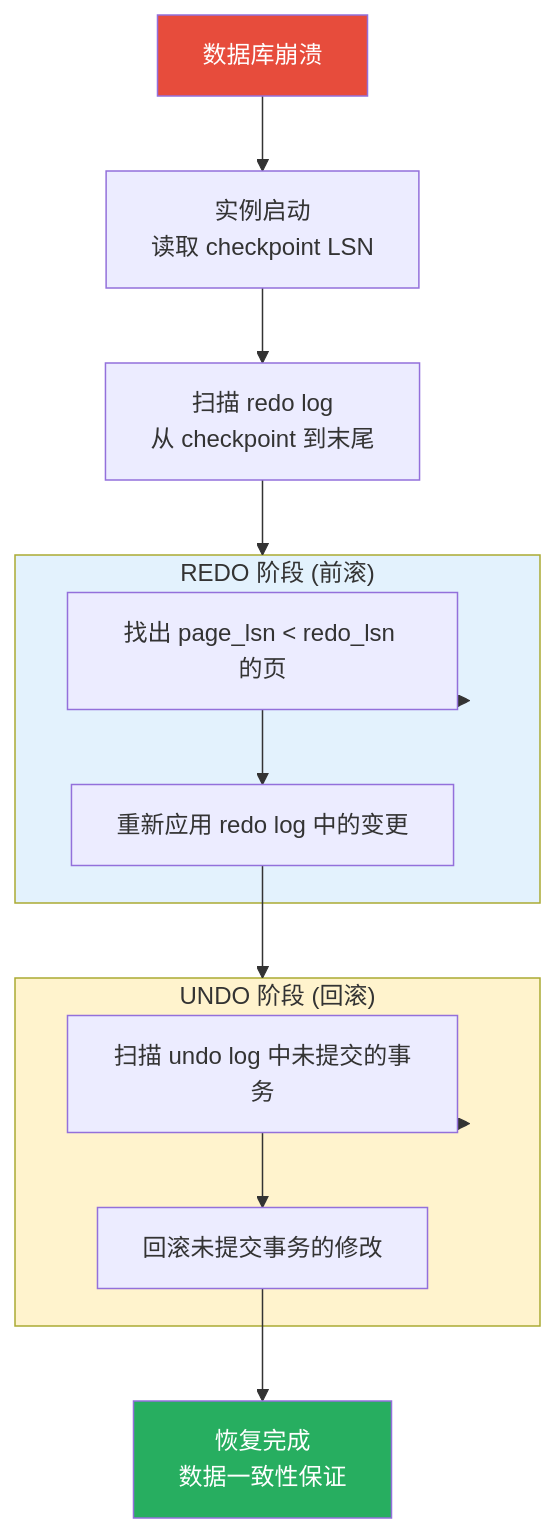
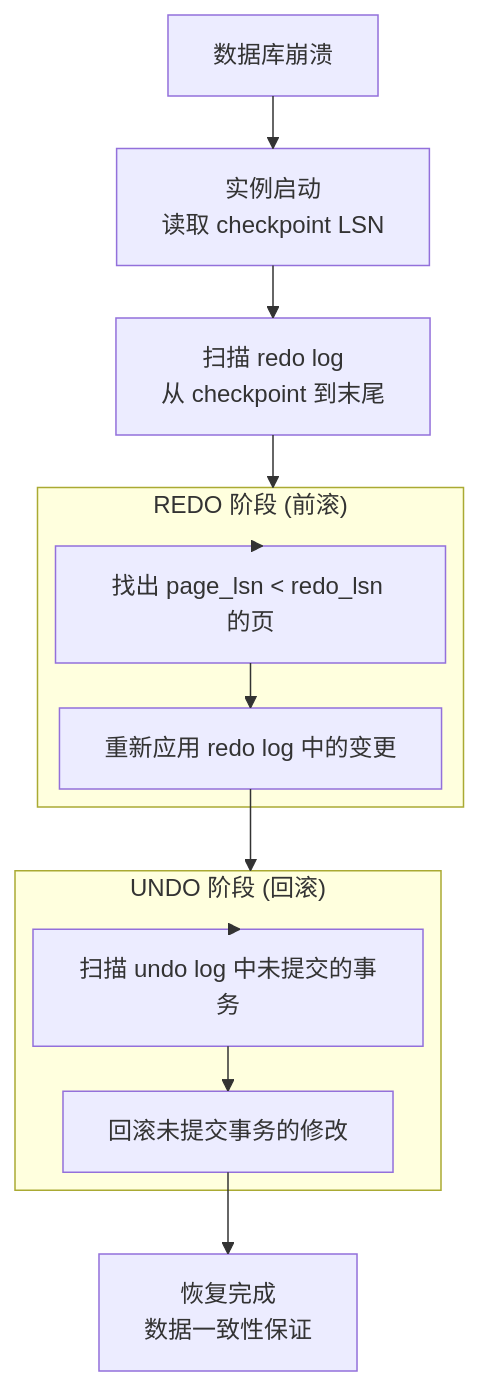
One commit to ziyan-cs/obsidian-coding-notes changed the diagram in 06-Database (MySQL)/02 · InnoDB存储引擎/07-Redo Log & Undo Log & Binlog (三大日志) ⭐/07b-Redo Log：Crash Recovery (崩溃恢复).md. Above: the diagram before and after it, drawn with Mermaid. The commit also changed 37 other files, not shown here.

````diff
--- a/06-Database (MySQL)/02 · InnoDB存储引擎/07-Redo Log & Undo Log & Binlog (三大日志) ⭐/07b-Redo Log：Crash Recovery (崩溃恢复).md
+++ b/06-Database (MySQL)/02 · InnoDB存储引擎/07-Redo Log & Undo Log & Binlog (三大日志) ⭐/07b-Redo Log：Crash Recovery (崩溃恢复).md
@@ -85,25 +85,22 @@
 ```mermaid
+%%{init: {"flowchart": {"defaultRenderer": "elk", "curve": "monotoneX"}} }%%
 graph TD
     CRASH["数据库崩溃"]
     START["实例启动<br/>读取 checkpoint LSN"]
     SCAN["扫描 redo log<br/>从 checkpoint 到末尾"]
     subgraph REDO["REDO 阶段 (前滚)"]
         REDO1["找出 page_lsn < redo_lsn 的页"]
         REDO2["重新应用 redo log 中的变更"]
     end
     subgraph UNDO["UNDO 阶段 (回滚)"]
         UNDO1["扫描 undo log 中未提交的事务"]
         UNDO2["回滚未提交事务的修改"]
     end
     DONE["恢复完成<br/>数据一致性保证"]
     
     CRASH --> START --> SCAN --> REDO
     REDO --> REDO1 --> REDO2
     REDO2 --> UNDO
     UNDO --> UNDO1 --> UNDO2 --> DONE
     
-    style CRASH fill:#e74c3c,color:#fff
-    style DONE fill:#27ae60,color:#fff
-    style REDO fill:#e3f2fd
-    style UNDO fill:#fff3cd
 ```
````
